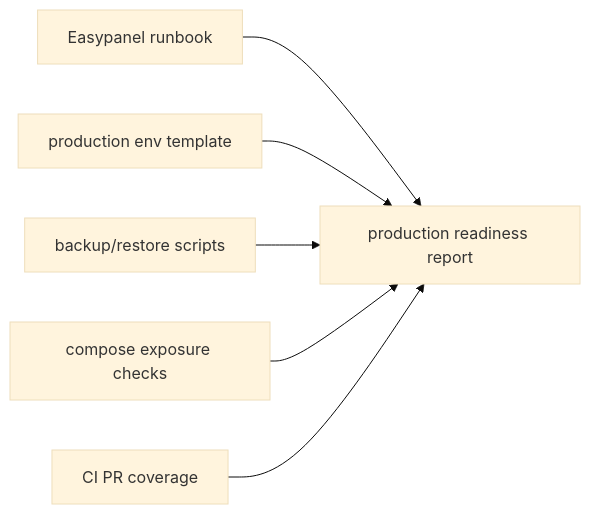
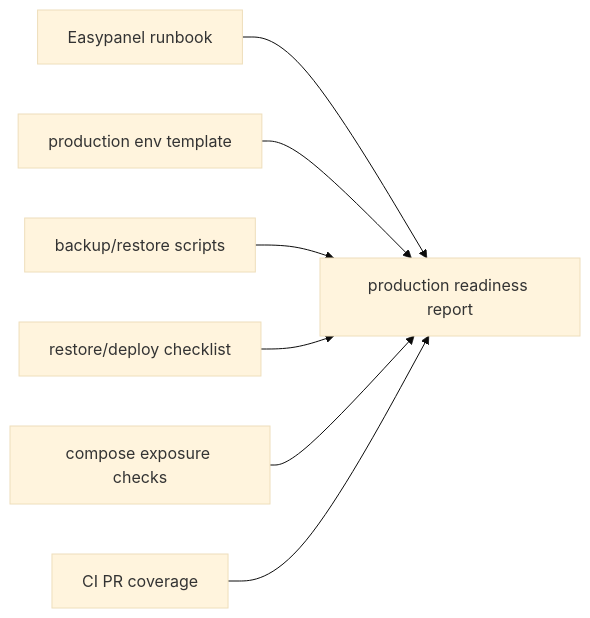
Before and after one commit to EmmiSiu/rommag_studio: the fourth of 4 diagrams in docs/testing-harness.md, drawn with Mermaid (base theme). The commit also changed other lines of this file and 19 other files, not shown here.

````diff
--- a/docs/testing-harness.md
+++ b/docs/testing-harness.md
@@ -60,14 +69,16 @@
 ```mermaid
 flowchart LR
     runbook["Easypanel runbook"]
     env["production env template"]
     backups["backup/restore scripts"]
+    restore["restore/deploy checklist"]
     compose["compose exposure checks"]
     ci["CI PR coverage"]
 
     runbook --> report["production readiness report"]
     env --> report
     backups --> report
+    restore --> report
     compose --> report
     ci --> report
 ```
````
